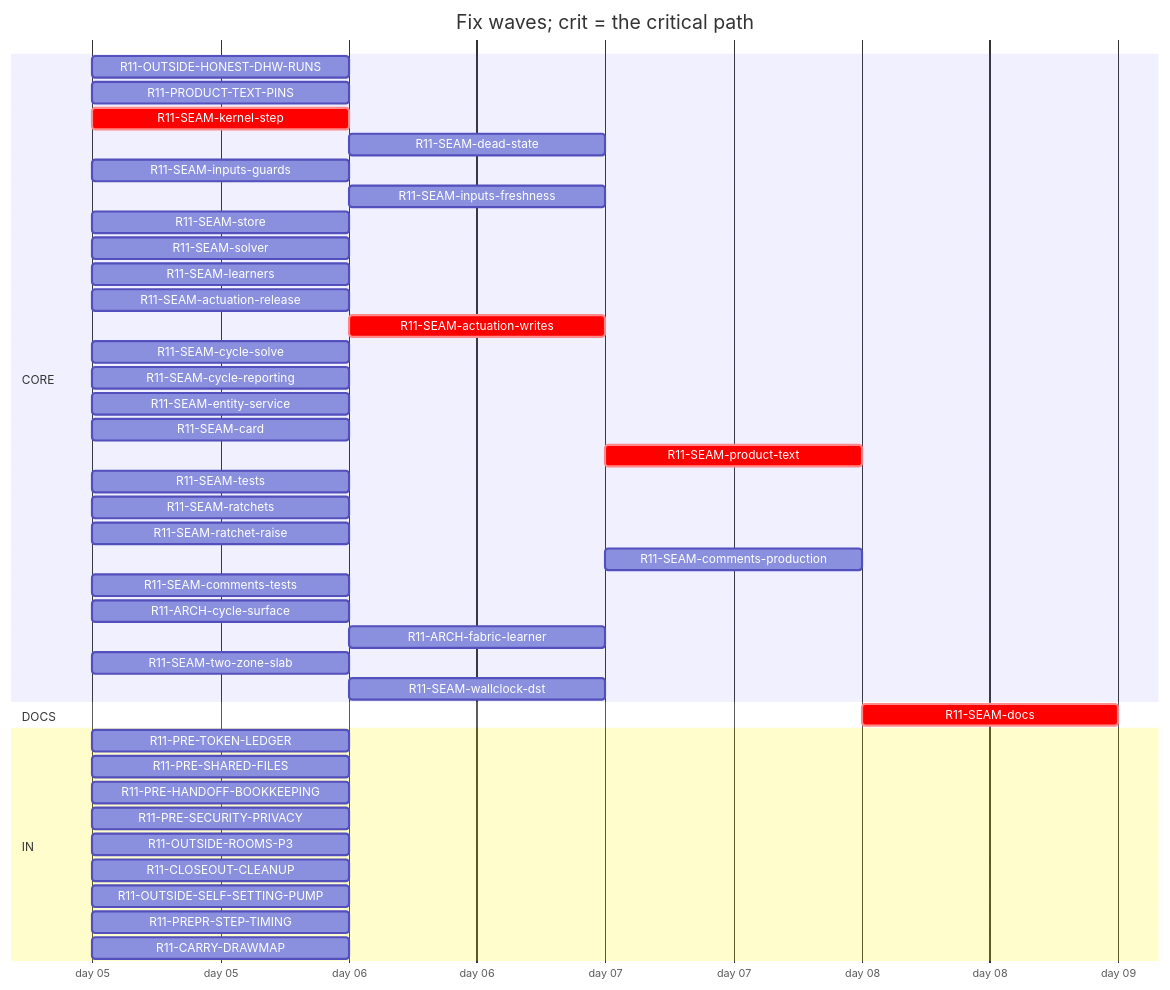
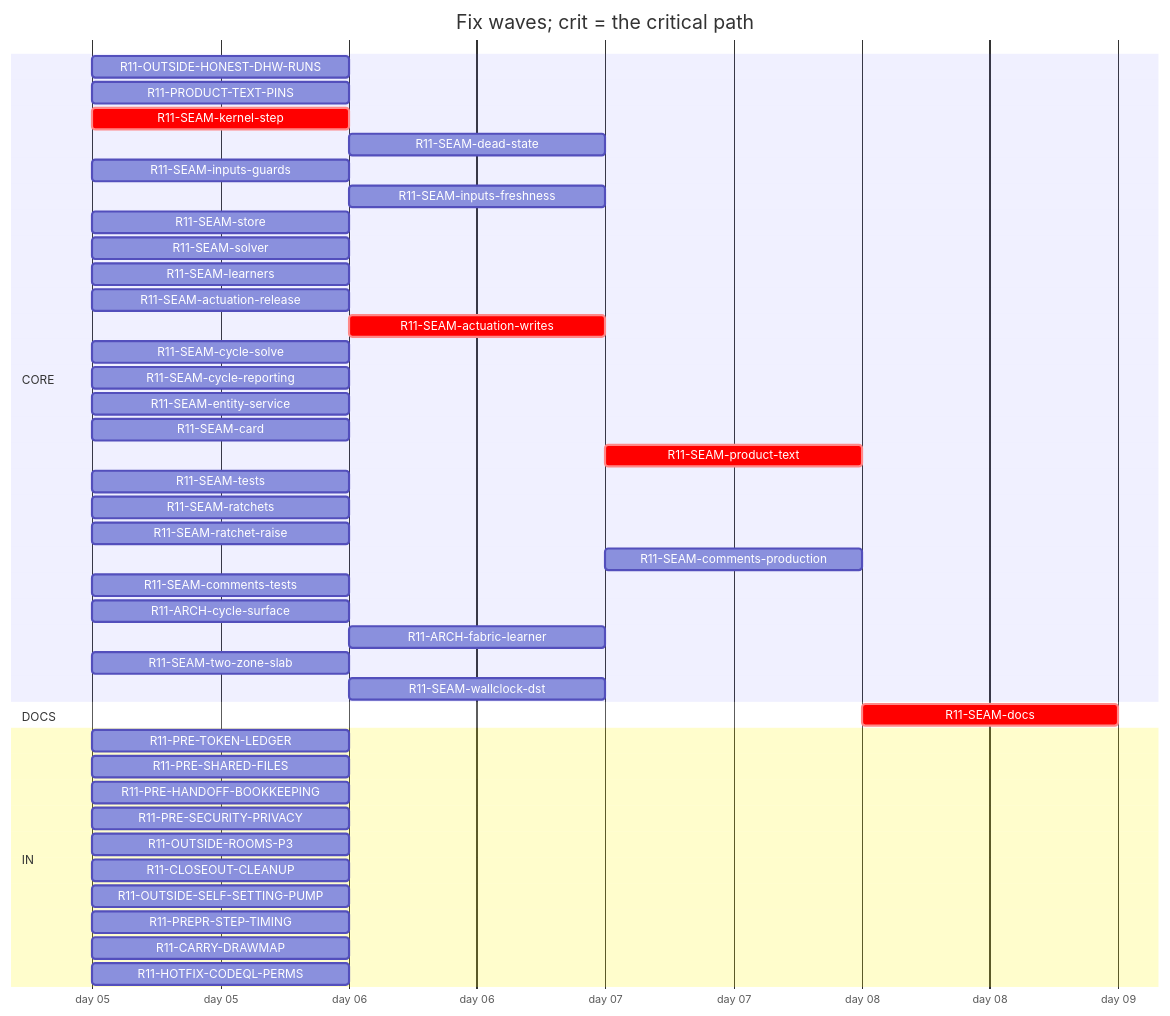
One commit to tvofi/heatpump_optimizer changed the diagram in handoff/round11/state/PLAN-TABLE.md. Above: the diagram before and after it, drawn with Mermaid. The commit also changed other lines of this file and 4 other files, not shown here.

Commit message:
state: FLOW-BOARD.md, NEXT-SESSION-PROMPT.md, PLAN-TABLE.md, PLAN.html, RESUME-CURRENT.md regenerated (state_docs.py)

````diff
--- a/handoff/round11/state/PLAN-TABLE.md
+++ b/handoff/round11/state/PLAN-TABLE.md
@@ -16,44 +16,45 @@
 ```mermaid
 gantt
   title Fix waves; crit = the critical path
   dateFormat YYYY-MM-DD
   axisFormat day %d
   section CORE
     R11-OUTSIDE-HONEST-DHW-RUNS :r11OUTSIDEHONESTDHWRUNS, 2026-01-05, 1d
     R11-PRODUCT-TEXT-PINS :r11PRODUCTTEXTPINS, 2026-01-05, 1d
     R11-SEAM-kernel-step :crit, r11SEAMkernelstep, 2026-01-05, 1d
     R11-SEAM-dead-state :r11SEAMdeadstate, after r11SEAMstore, 1d
     R11-SEAM-inputs-guards :r11SEAMinputsguards, 2026-01-05, 1d
     R11-SEAM-inputs-freshness :r11SEAMinputsfreshness, after r11SEAMkernelstep, 1d
     R11-SEAM-store :r11SEAMstore, 2026-01-05, 1d
     R11-SEAM-solver :r11SEAMsolver, 2026-01-05, 1d
     R11-SEAM-learners :r11SEAMlearners, 2026-01-05, 1d
     R11-SEAM-actuation-release :r11SEAMactuationrelease, 2026-01-05, 1d
     R11-SEAM-actuation-writes :crit, r11SEAMactuationwrites, after r11SEAMkernelstep r11SEAMactuationrelease, 1d
     R11-SEAM-cycle-solve :r11SEAMcyclesolve, 2026-01-05, 1d
     R11-SEAM-cycle-reporting :r11SEAMcyclereporting, 2026-01-05, 1d
     R11-SEAM-entity-service :r11SEAMentityservice, 2026-01-05, 1d
     R11-SEAM-card :r11SEAMcard, 2026-01-05, 1d
     R11-SEAM-product-text :crit, r11SEAMproducttext, after r11SEAMactuationrelease r11SEAMactuationwrites r11SEAMentityservice r11SEAMinputsguards r11SEAMinputsfreshness r11SEAMcyclesolve r11SEAMcyclereporting, 1d
     R11-SEAM-tests :r11SEAMtests, 2026-01-05, 1d
     R11-SEAM-ratchets :r11SEAMratchets, 2026-01-05, 1d
     R11-SEAM-ratchet-raise :r11SEAMratchetraise, 2026-01-05, 1d
     R11-SEAM-comments-production :r11SEAMcommentsproduction, after r11SEAMactuationrelease r11SEAMactuationwrites r11SEAMentityservice r11SEAMinputsguards r11SEAMinputsfreshness r11SEAMcyclesolve r11SEAMcyclereporting, 1d
     R11-SEAM-comments-tests :r11SEAMcommentstests, 2026-01-05, 1d
     R11-ARCH-cycle-surface :r11ARCHcyclesurface, 2026-01-05, 1d
     R11-ARCH-fabric-learner :r11ARCHfabriclearner, after r11SEAMlearners, 1d
     R11-SEAM-two-zone-slab :r11SEAMtwozoneslab, 2026-01-05, 1d
     R11-SEAM-wallclock-dst :r11SEAMwallclockdst, after r11SEAMkernelstep, 1d
   section DOCS
     R11-SEAM-docs :crit, r11SEAMdocs, after r11SEAMlearners r11SEAMactuationrelease r11SEAMactuationwrites r11SEAMentityservice r11SEAMinputsguards r11SEAMinputsfreshness r11SEAMcyclesolve r11SEAMcyclereporting r11SEAMcard r11SEAMproducttext, 1d
   section IN
     R11-PRE-TOKEN-LEDGER :r11PRETOKENLEDGER, 2026-01-05, 1d
     R11-PRE-SHARED-FILES :r11PRESHAREDFILES, 2026-01-05, 1d
     R11-PRE-HANDOFF-BOOKKEEPING :r11PREHANDOFFBOOKKEEPING, 2026-01-05, 1d
     R11-PRE-SECURITY-PRIVACY :r11PRESECURITYPRIVACY, 2026-01-05, 1d
     R11-OUTSIDE-ROOMS-P3 :r11OUTSIDEROOMSP3, 2026-01-05, 1d
     R11-CLOSEOUT-CLEANUP :r11CLOSEOUTCLEANUP, 2026-01-05, 1d
     R11-OUTSIDE-SELF-SETTING-PUMP :r11OUTSIDESELFSETTINGPUMP, 2026-01-05, 1d
     R11-PREPR-STEP-TIMING :r11PREPRSTEPTIMING, 2026-01-05, 1d
     R11-CARRY-DRAWMAP :r11CARRYDRAWMAP, 2026-01-05, 1d
+    R11-HOTFIX-CODEQL-PERMS :r11HOTFIXCODEQLPERMS, 2026-01-05, 1d
 ```
````
